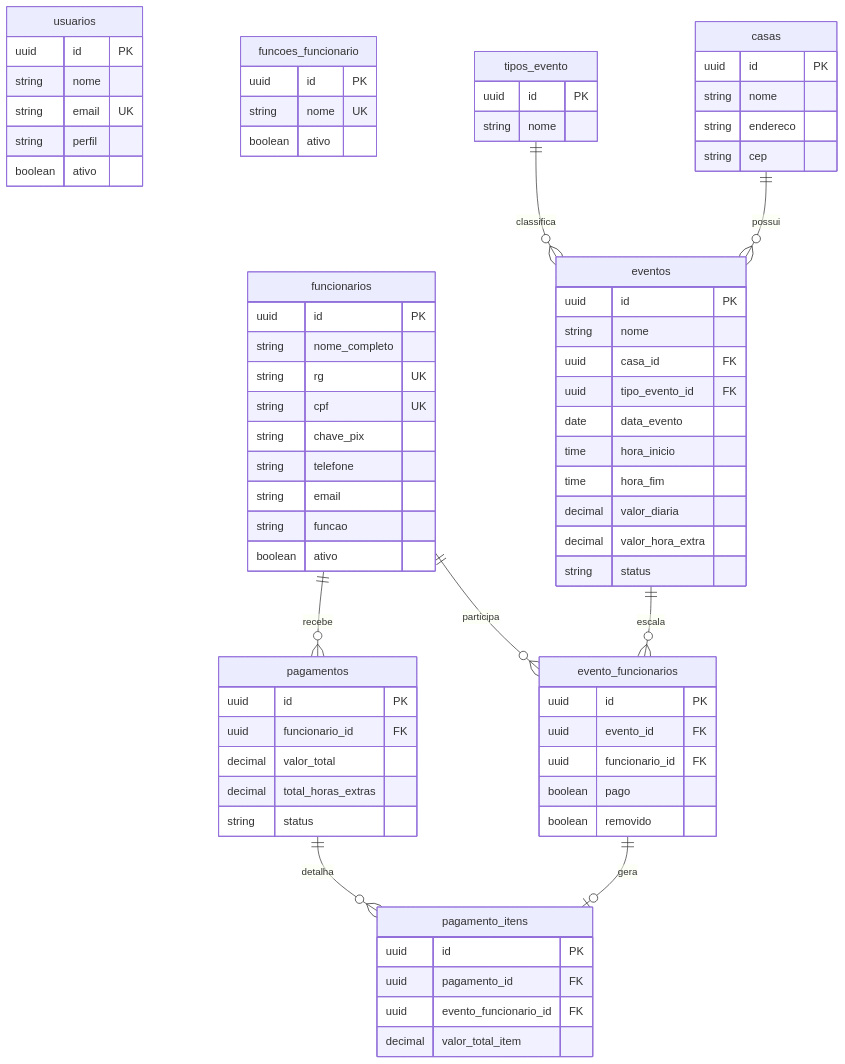
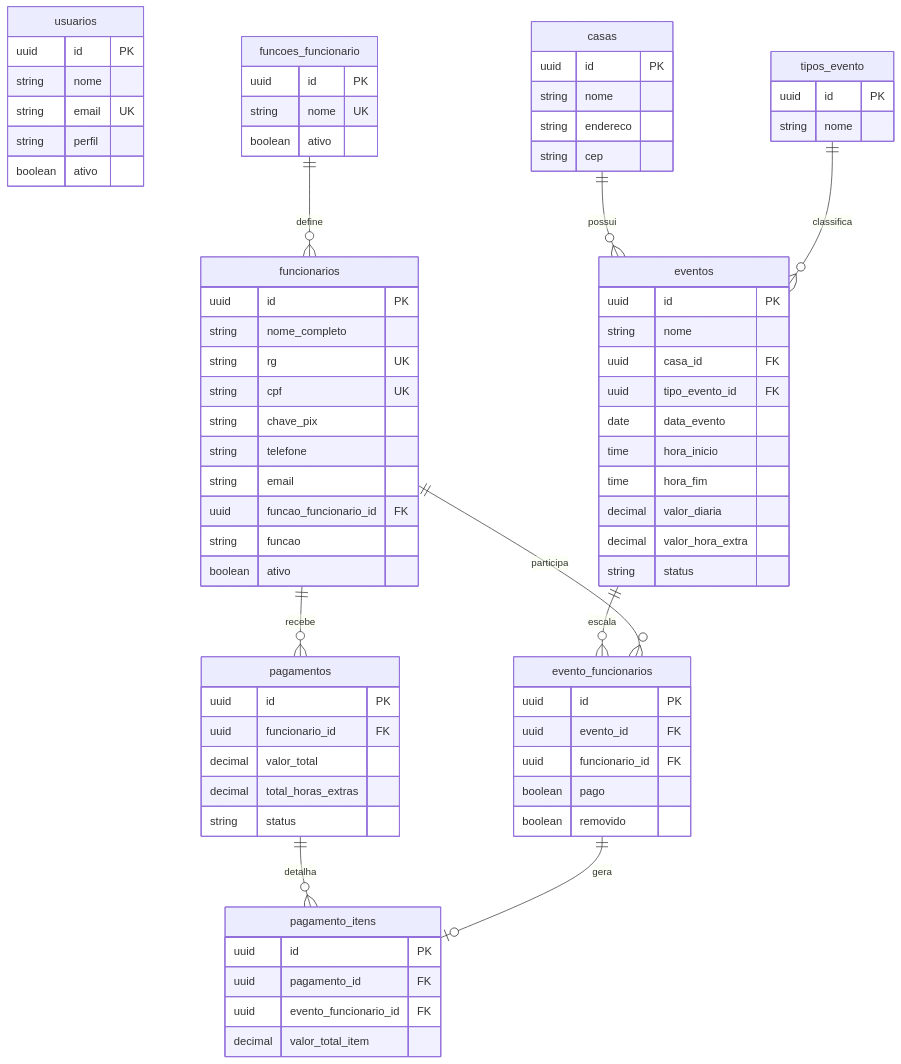
One commit to AntonioNetoOl/tag-gestao-seguranca-api changed the diagram in docs/modelagem/modelo-dados.md. Above: the diagram before and after it, drawn with Mermaid. The commit also changed other lines of this file, not shown here.

```diff
--- a/docs/modelagem/modelo-dados.md
+++ b/docs/modelagem/modelo-dados.md
@@ -32,6 +32,7 @@
         string chave_pix
         string telefone
         string email
+        uuid funcao_funcionario_id FK
         string funcao
         boolean ativo
     }
@@ -90,6 +91,7 @@
         decimal valor_total_item
     }
 
+    funcoes_funcionario ||--o{ funcionarios : define
     casas ||--o{ eventos : possui
     tipos_evento ||--o{ eventos : classifica
     eventos ||--o{ evento_funcionarios : escala
```
